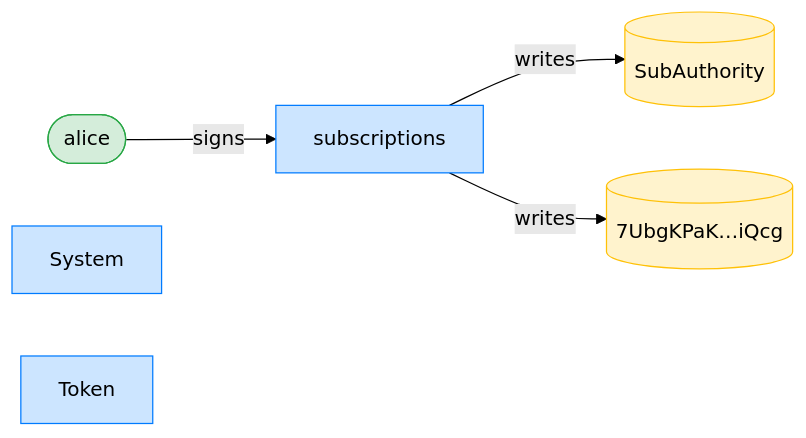
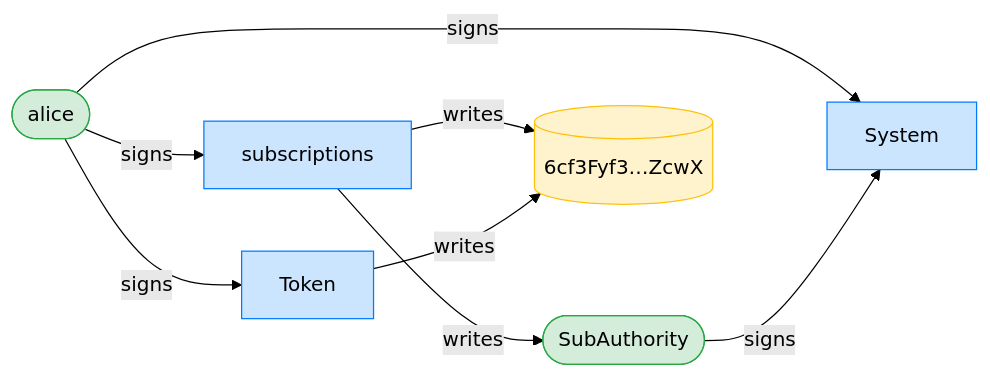
One commit to cds-rs/subscriptions changed the third of 16 diagrams in dsl_tests/resume-rejects-a-non-subscriber.md. Above: the diagram before and after it, drawn with Mermaid (forest theme). The commit also changed other lines of this file and 224 other files, not shown here.

````diff
--- a/dsl_tests/resume-rejects-a-non-subscriber.md
+++ b/dsl_tests/resume-rejects-a-non-subscriber.md
@@ -55,15 +56,19 @@
 ```mermaid
 flowchart LR
     classDef signer fill:#d4edda,stroke:#28a745;
     classDef program fill:#cce5ff,stroke:#007bff;
     classDef writable fill:#fff3cd,stroke:#ffc107;
     subscriptions[subscriptions]:::program
     alice([alice]):::signer
-    SubAuthority[(SubAuthority)]:::writable
-    7UbgKPaK_iQcg[("7UbgKPaK…iQcg")]:::writable
+    SubAuthority([SubAuthority]):::signer
+    6cf3Fyf3_ZcwX[("6cf3Fyf3…ZcwX")]:::writable
     System[System]:::program
     Token[Token]:::program
     alice -->|signs| subscriptions
+    alice -->|signs| System
+    SubAuthority -->|signs| System
+    alice -->|signs| Token
     subscriptions -->|writes| SubAuthority
-    subscriptions -->|writes| 7UbgKPaK_iQcg
+    subscriptions -->|writes| 6cf3Fyf3_ZcwX
+    Token -->|writes| 6cf3Fyf3_ZcwX
 ```
````
